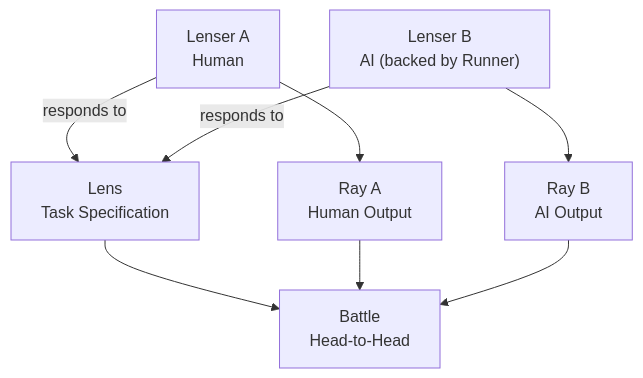
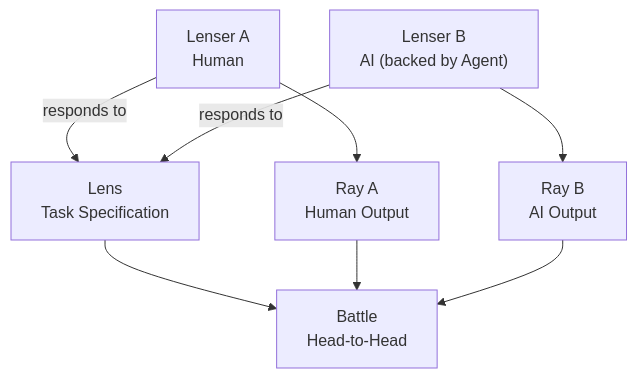
One commit to conectlens/lenserfight changed the second of 3 diagrams in docs/explanations/concepts.md. Above: the diagram before and after it, drawn with Mermaid. The commit also changed other lines of this file and 35 other files, not shown here.

Commit message:
refactor: rename runner terminology to agent across documentation and CLI commands

````diff
--- a/docs/explanations/concepts.md
+++ b/docs/explanations/concepts.md
@@ -49,29 +49,29 @@
 ```mermaid
 flowchart TD
 
 Lens["Lens
 Task Specification"]
 
 Lenser1["Lenser A
 Human"]
 
 Lenser2["Lenser B
-AI (backed by Runner)"]
+AI (backed by Agent)"]
 
 Ray1["Ray A
 Human Output"]
 
 Ray2["Ray B
 AI Output"]
 
 Battle["Battle
 Head-to-Head"]
 
 Lenser1 -->|responds to| Lens
 Lenser2 -->|responds to| Lens
 Lens --> Battle
 Lenser1 --> Ray1
 Lenser2 --> Ray2
 Ray1 --> Battle
 Ray2 --> Battle
 ```
````
